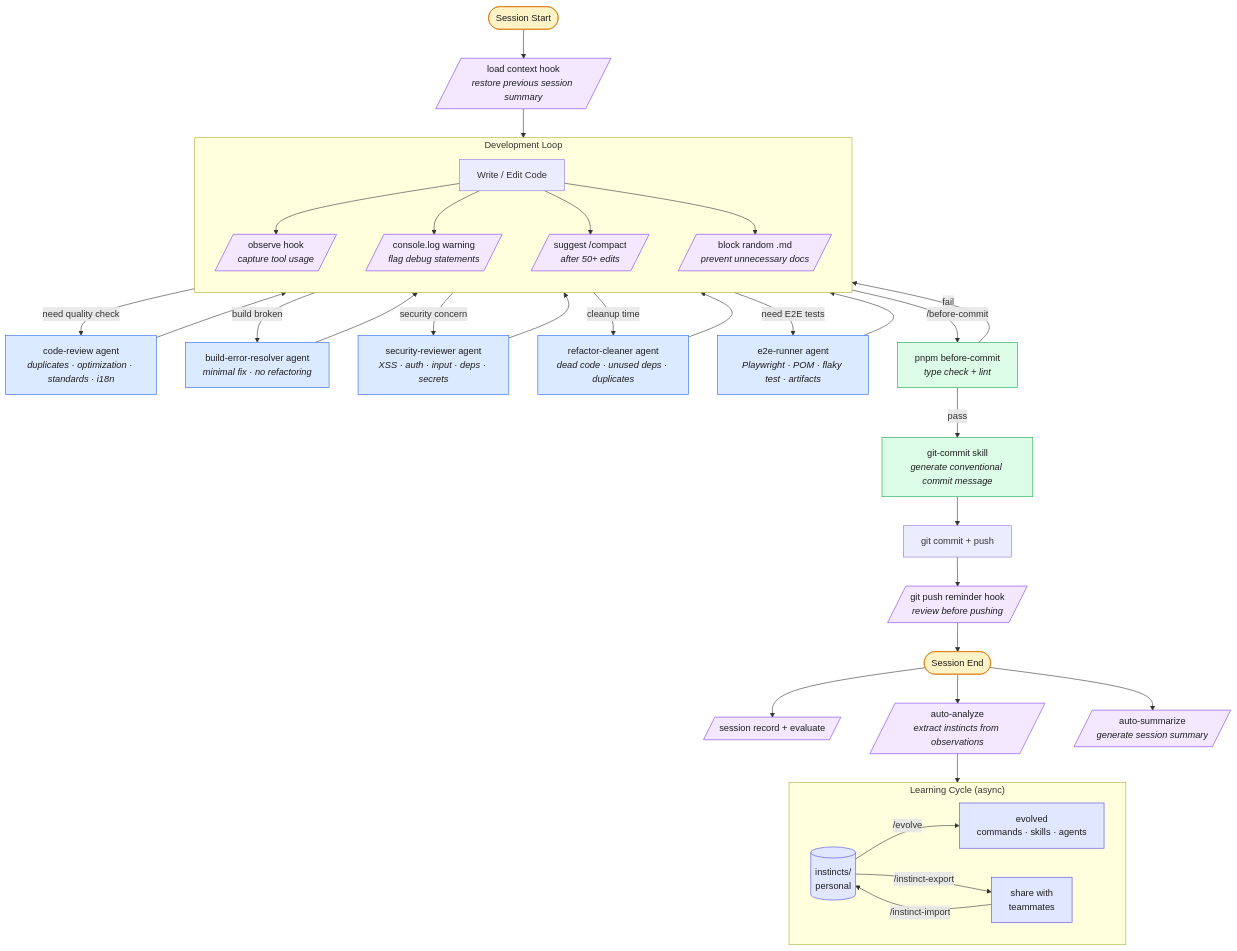
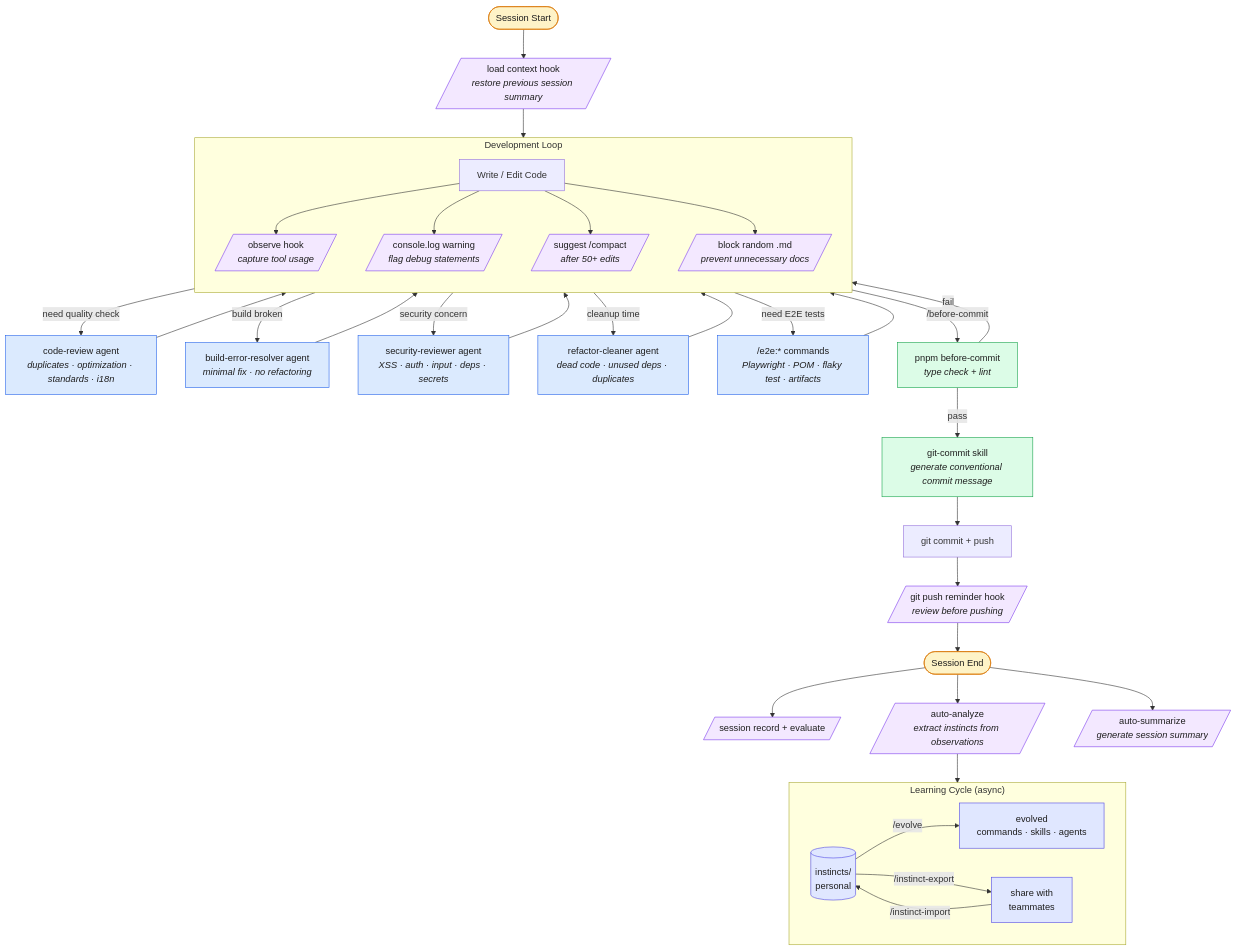
One commit to ClayLeee/my-everything-claude-code changed the diagram in README.md. Above: the diagram before and after it, drawn with Mermaid. The commit also changed other lines of this file and 7 other files, not shown here.

First line of the commit message:
refactor(e2e): remove e2e-runner agent, add skill orchestration, bump to 1.0.1-beta.11

````diff
--- a/README.md
+++ b/README.md
@@ -53,62 +52,62 @@
 ```mermaid
 flowchart TD
     %% ── Session Start ──
     START([Session Start]) --> LOAD[/"load context hook<br><i>restore previous session summary</i>"/]
     LOAD --> DEV
 
     %% ── Development Loop ──
     subgraph DEV ["Development Loop"]
         direction TB
         CODE["Write / Edit Code"] --> OBSERVE[/"observe hook<br><i>capture tool usage</i>"/]
         CODE --> CONSOLE[/"console.log warning<br><i>flag debug statements</i>"/]
         CODE --> COMPACT[/"suggest /compact<br><i>after 50+ edits</i>"/]
         CODE --> BLOCK[/"block random .md<br><i>prevent unnecessary docs</i>"/]
     end
 
     %% ── On-Demand Agents ──
     DEV --> |"need quality check"| REVIEW["code-review agent<br><i>duplicates · optimization · standards · i18n</i>"]
     DEV --> |"build broken"| BUILD["build-error-resolver agent<br><i>minimal fix · no refactoring</i>"]
     DEV --> |"security concern"| SEC["security-reviewer agent<br><i>XSS · auth · input · deps · secrets</i>"]
     DEV --> |"cleanup time"| CLEAN["refactor-cleaner agent<br><i>dead code · unused deps · duplicates</i>"]
-    DEV --> |"need E2E tests"| E2E["e2e-runner agent<br><i>Playwright · POM · flaky test · artifacts</i>"]
+    DEV --> |"need E2E tests"| E2E["/e2e:* commands<br><i>Playwright · POM · flaky test · artifacts</i>"]
     REVIEW --> DEV
     BUILD --> DEV
     SEC --> DEV
     CLEAN --> DEV
     E2E --> DEV
 
     %% ── Before Commit ──
     DEV --> |"/before-commit"| BC["pnpm before-commit<br><i>type check + lint</i>"]
     BC --> |pass| MSG["git-commit skill<br><i>generate conventional commit message</i>"]
     BC --> |fail| DEV
     MSG --> COMMIT["git commit + push"]
     COMMIT --> PUSH[/"git push reminder hook<br><i>review before pushing</i>"/]
 
     %% ── Session End ──
     PUSH --> END([Session End])
     END --> RECORD[/"session record + evaluate"/]
     END --> ANALYZE[/"auto-analyze<br><i>extract instincts from observations</i>"/]
     END --> SUMMARIZE[/"auto-summarize<br><i>generate session summary</i>"/]
 
     %% ── Learning Cycle ──
     ANALYZE --> INSTINCTS[("instincts/<br>personal")]
     subgraph LEARNING ["Learning Cycle  (async)"]
         direction LR
         INSTINCTS --> |"/evolve"| EVOLVED["evolved<br>commands · skills · agents"]
         INSTINCTS --> |"/instinct-export"| SHARE["share with<br>teammates"]
         SHARE --> |"/instinct-import"| INSTINCTS
     end
 
     %% ── Styles ──
     classDef hook fill:#f3e8ff,stroke:#7c3aed,color:#1e1e1e
     classDef agent fill:#dbeafe,stroke:#2563eb,color:#1e1e1e
     classDef command fill:#dcfce7,stroke:#16a34a,color:#1e1e1e
     classDef phase fill:#fef3c7,stroke:#d97706,color:#1e1e1e
     classDef store fill:#e0e7ff,stroke:#4f46e5,color:#1e1e1e
 
     class LOAD,OBSERVE,CONSOLE,COMPACT,BLOCK,PUSH,RECORD,ANALYZE,SUMMARIZE hook
     class REVIEW,BUILD,SEC,CLEAN,E2E agent
     class BC,MSG command
     class START,END phase
     class INSTINCTS,EVOLVED,SHARE store
 ```
````
